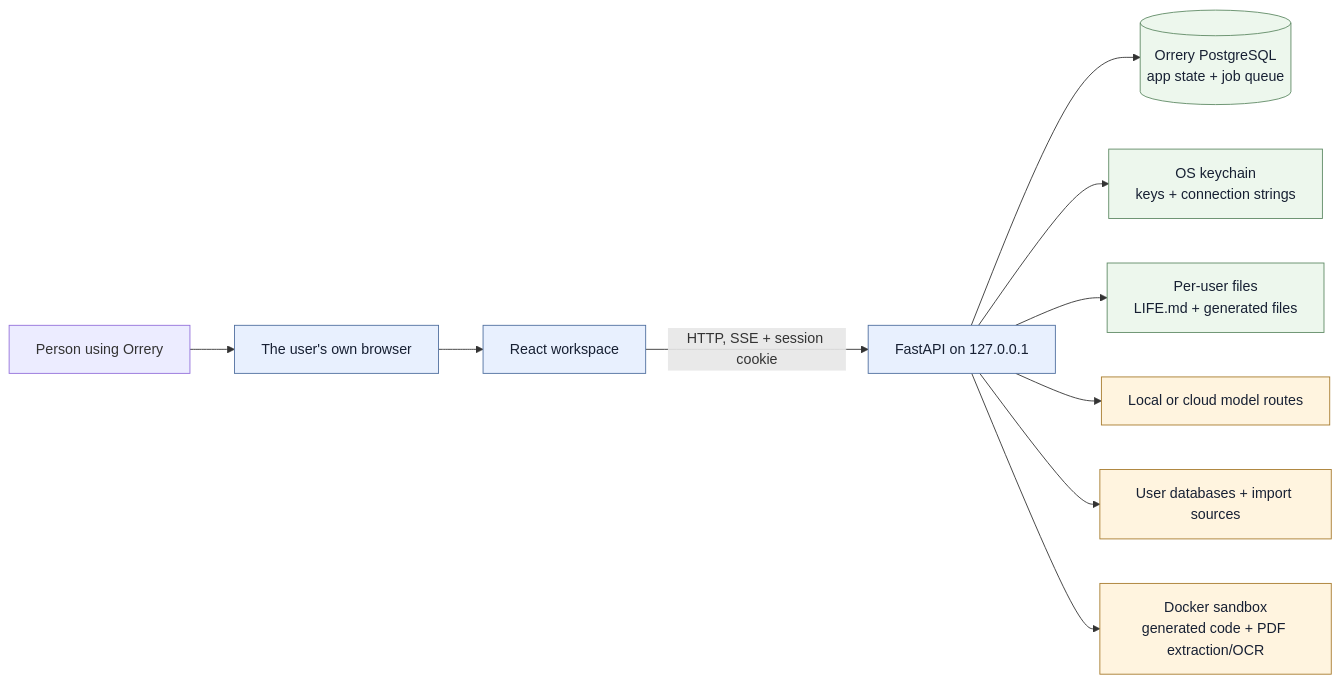
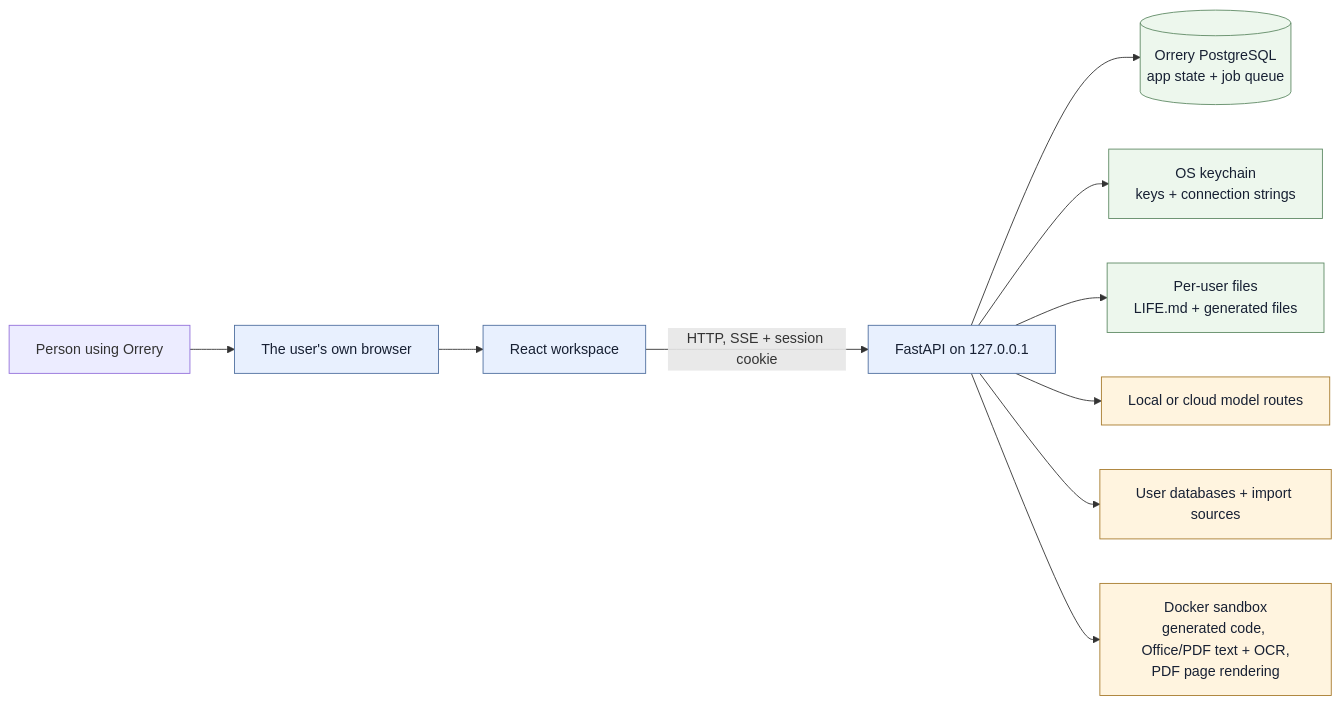
Before and after one commit to zaidt156/Orrery: the first of 22 diagrams in ARCHITECTURE.md, drawn with Mermaid. The commit also changed other lines of this file and 6 other files, not shown here.

````diff
--- a/ARCHITECTURE.md
+++ b/ARCHITECTURE.md
@@ -25,21 +25,21 @@
 ```mermaid
 flowchart LR
     user["Person using Orrery"] --> browser["The user's own browser"]
     browser --> ui["React workspace"]
     ui -->|"HTTP, SSE + session cookie"| api["FastAPI on 127.0.0.1"]
 
     api --> pg[("Orrery PostgreSQL<br/>app state + job queue")]
     api --> keychain["OS keychain<br/>keys + connection strings"]
     api --> disk["Per-user files<br/>LIFE.md + generated files"]
 
     api --> models["Local or cloud model routes"]
     api --> sources["User databases + import sources"]
-    api --> docker["Docker sandbox<br/>generated code + PDF extraction/OCR"]
+    api --> docker["Docker sandbox<br/>generated code, Office/PDF text + OCR,<br/>PDF page rendering"]
 
     classDef core fill:#e8f0fe,stroke:#4f6f9f,color:#172033;
     classDef store fill:#edf7ed,stroke:#5f8a65,color:#172033;
     classDef external fill:#fff4df,stroke:#a77b2d,color:#172033;
     class browser,ui,api core;
     class pg,keychain,disk store;
     class models,sources,docker external;
 ```
````
